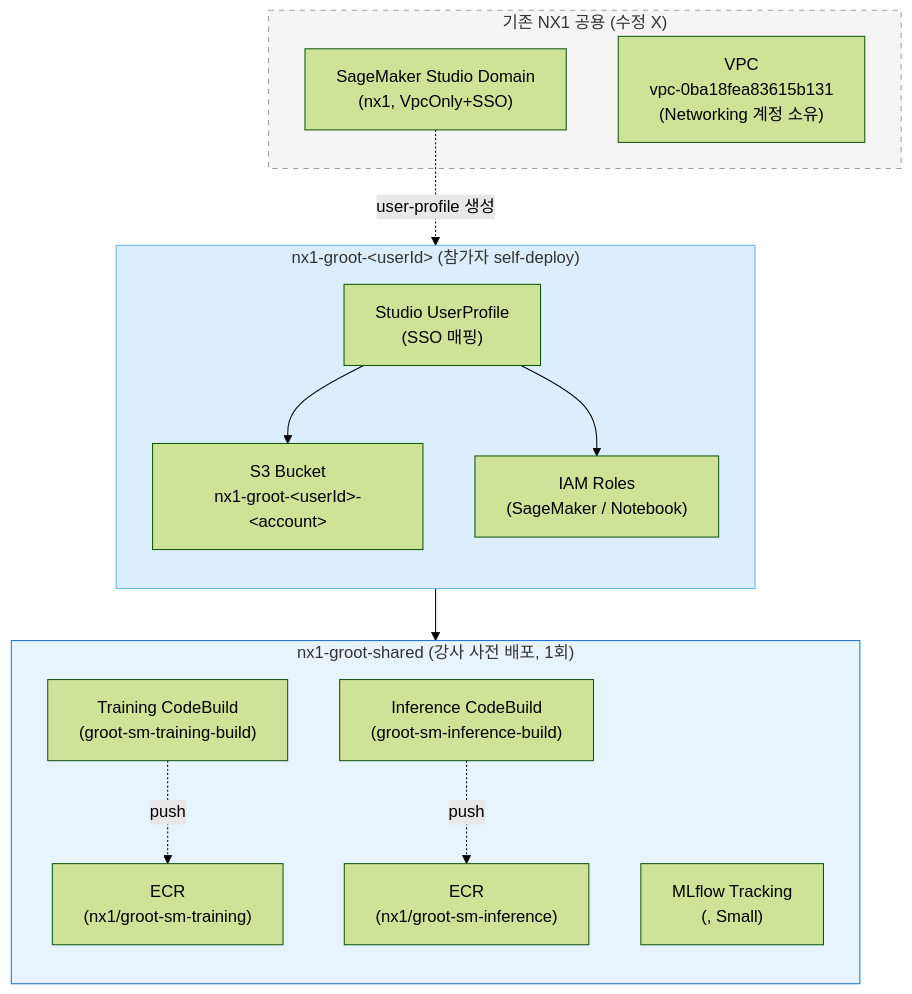
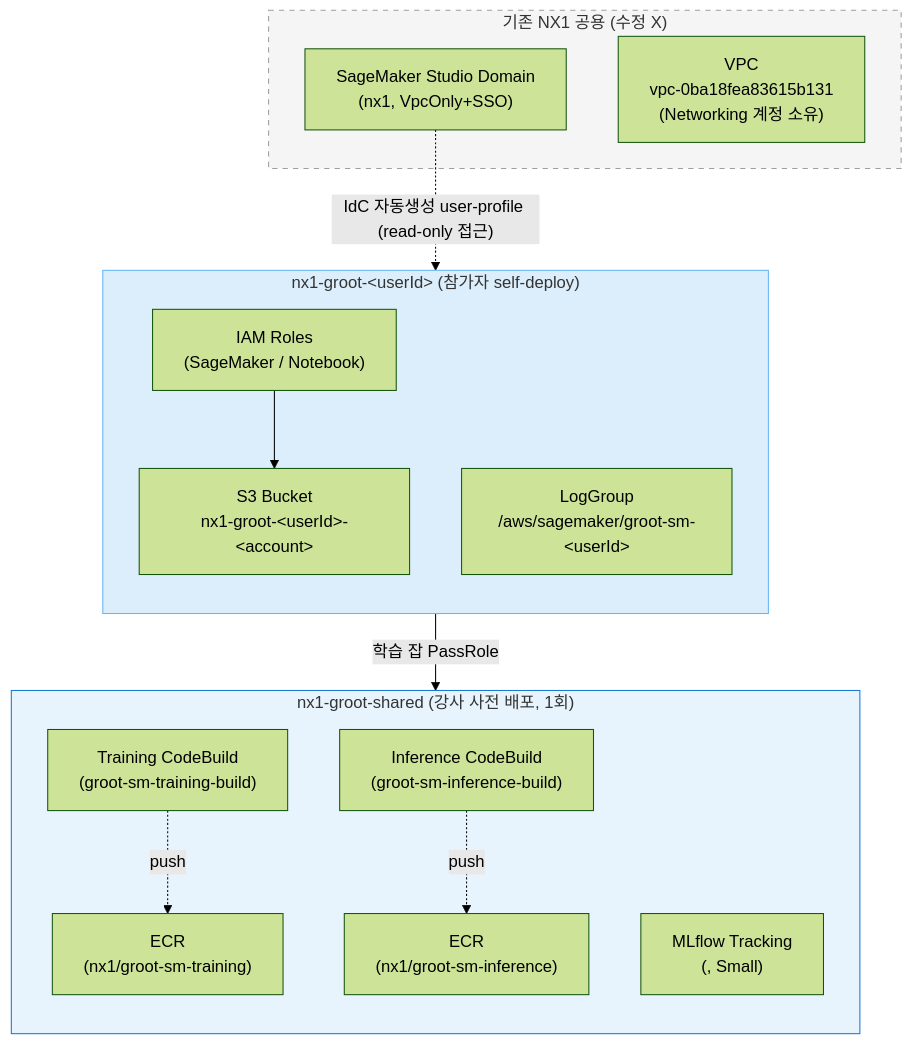
The second of 2 diagrams in guide/e2e-workshop/5.-train-infra-setup.md (seokjushin/physical-ai-aws-docs), drawn with Mermaid (forest theme) before and after one commit. The commit also changed other lines of this file, not shown here.

First line of the commit message:
docs(nx1): module 5 — Studio JupyterLab 우회, Day1 EC2 학습 launch 흐름

````diff
--- a/guide/e2e-workshop/5.-train-infra-setup.md
+++ b/guide/e2e-workshop/5.-train-infra-setup.md
@@ -127,34 +126,33 @@
 ```mermaid
 flowchart TB
     subgraph SharedStack["nx1-groot-shared (강사 사전 배포, 1회)"]
         direction TB
         SmTrainECR["ECR\n(nx1/groot-sm-training)"]
         SmInfECR["ECR\n(nx1/groot-sm-inference)"]
         SmTrainCB["Training CodeBuild\n(groot-sm-training-build)"]
         SmInfCB["Inference CodeBuild\n(groot-sm-inference-build)"]
         MLflow["MLflow Tracking\n(<MLFLOW_TRACKING_SERVER>, Small)"]
     end
 
     subgraph SmUserStack["nx1-groot-&lt;userId&gt; (참가자 self-deploy)"]
         direction TB
         S3["S3 Bucket\nnx1-groot-&lt;userId&gt;-&lt;account&gt;"]
         Roles["IAM Roles\n(SageMaker / Notebook)"]
-        UP["Studio UserProfile\n(SSO 매핑)"]
+        LG["LogGroup\n/aws/sagemaker/groot-sm-&lt;userId&gt;"]
     end
 
     subgraph Existing["기존 NX1 공용 (수정 X)"]
         Studio["SageMaker Studio Domain\n<STUDIO_DOMAIN_ID> (nx1, VpcOnly+SSO)"]
         VPC["VPC\nvpc-0ba18fea83615b131\n(Networking 계정 소유)"]
     end
 
     SmTrainCB -.->|"push"| SmTrainECR
     SmInfCB -.->|"push"| SmInfECR
-    Studio -.->|"user-profile 생성"| UP
-    UP --> Roles
-    UP --> S3
-    UP --> MLflow
+    Roles -->|"학습 잡 PassRole"| MLflow
+    Roles --> S3
+    Studio -.->|"IdC 자동생성 user-profile (read-only 접근)"| Roles
 
     style SharedStack fill:#e8f4fd,stroke:#1976d2
     style SmUserStack fill:#dceefb,stroke:#64b5f6
     style Existing fill:#f5f5f5,stroke:#9e9e9e,stroke-dasharray: 5 5
 ```
````
